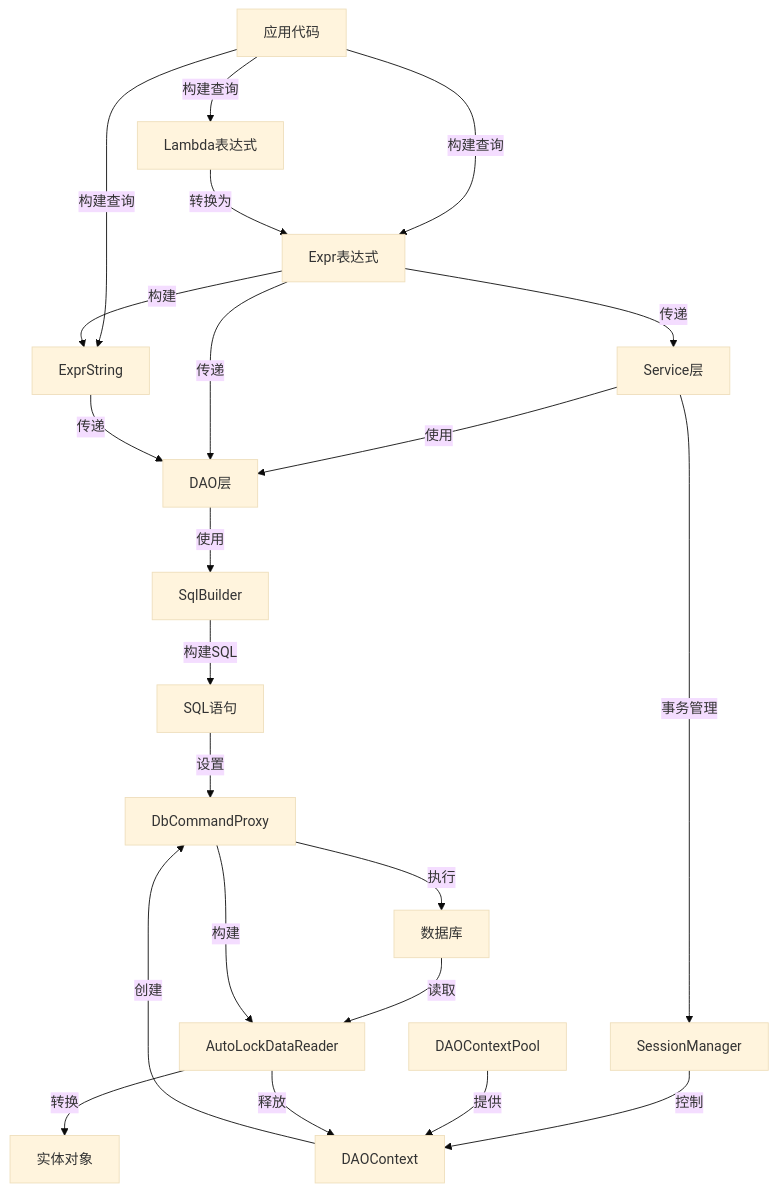
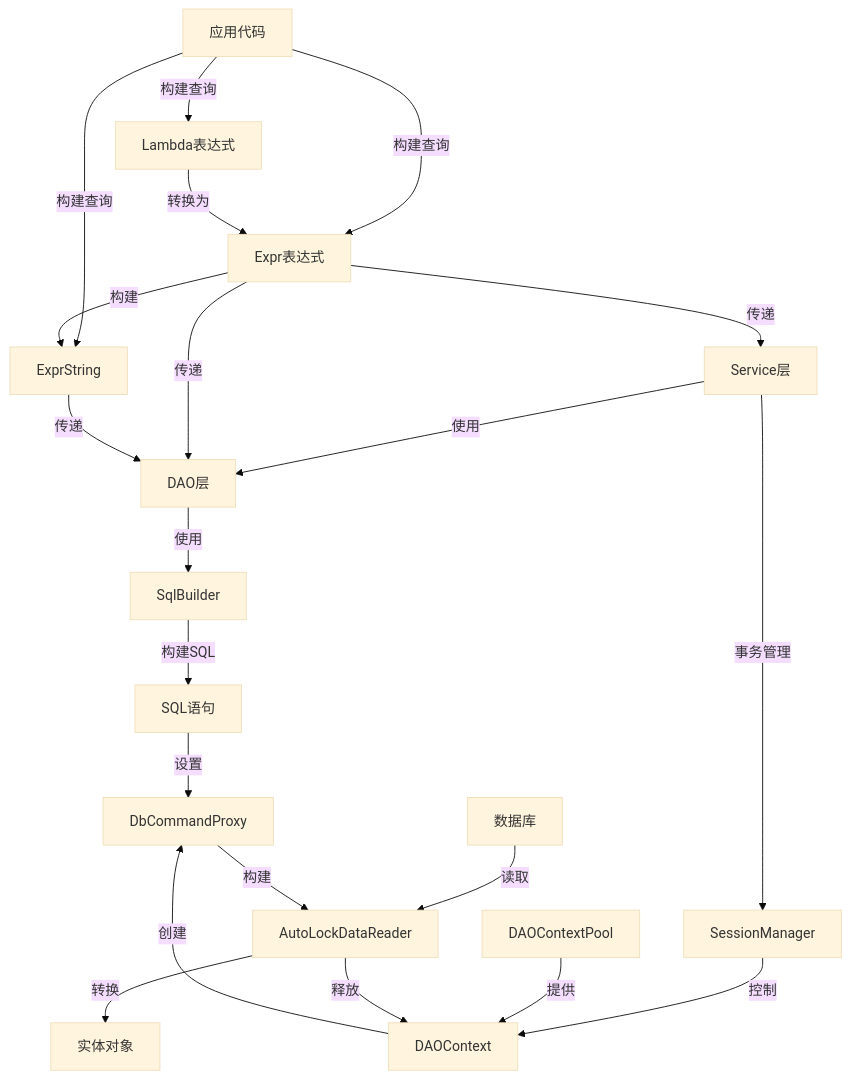
One commit to danjiewu/LiteOrm changed the diagram in CODE_WIKI.md. Above: the diagram before and after it, drawn with Mermaid (base theme). The commit also changed other lines of this file, not shown here.

Commit message:
feat: 生成项目Code Wiki文档

````diff
--- a/CODE_WIKI.md
+++ b/CODE_WIKI.md
@@ -99,26 +99,25 @@
 ```mermaid
 flowchart TD
     A[应用代码]
     B[Service层]
     B -->|使用| C[DAO层]
     E[DAOContext] -->|创建| J[DbCommandProxy]
-    J -->|执行| F[数据库]
-    F -->|读取| K[AutoLockDataReader]
+    F[数据库] -->|读取| K[AutoLockDataReader]
     J -->|构建| K
     K -->|转换| L[实体对象]
     A -->|构建查询| G1[Lambda表达式]
     A -->|构建查询| G2[Expr表达式]
     A -->|构建查询| G3[ExprString]
     G1 -->|转换为| G2
     G2 -->|构建| G3
     G2 -->|传递| B
     G2 -->|传递| C
     G3 -->|传递| C
     C -->|使用| D[SqlBuilder]
     D -->|构建SQL| H[SQL语句]
     H -->|设置| J
     B -->|事务管理| I[SessionManager]
     I -->|控制| E
     P[DAOContextPool] -->|提供| E
     K -->|释放| E
 ```
````
